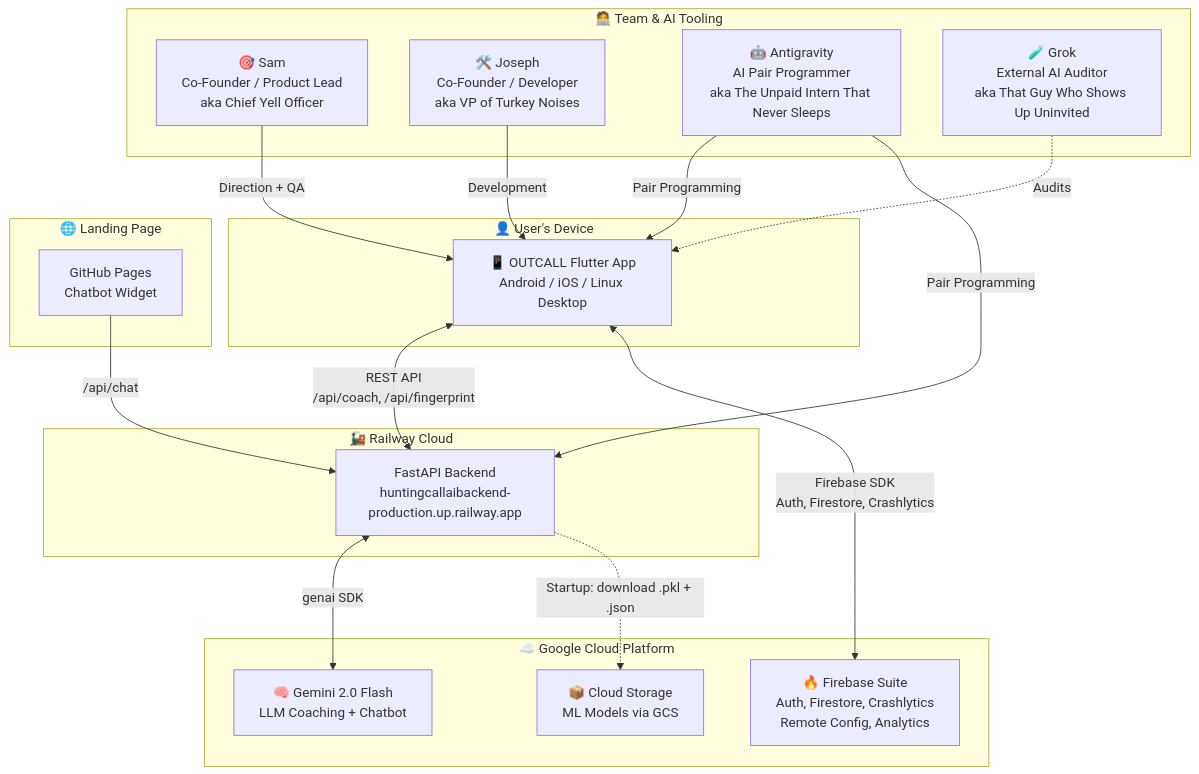
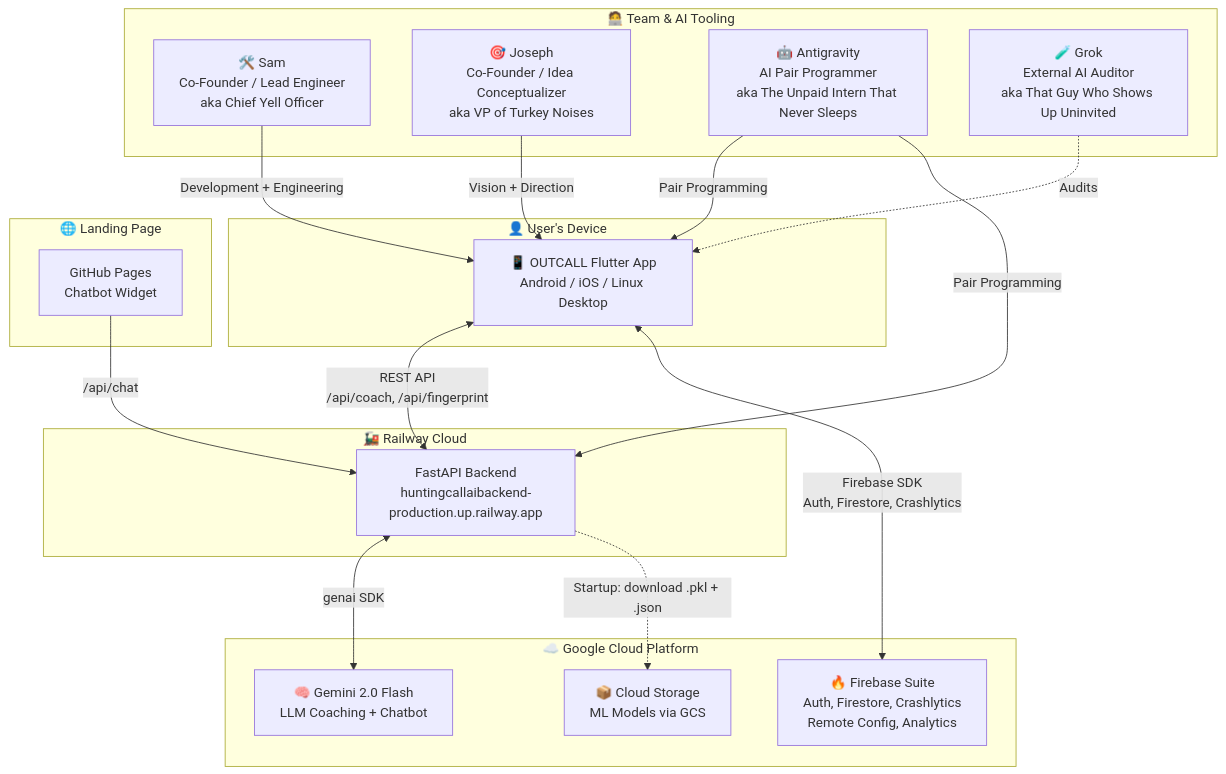
One commit to neo3151/Hunting_Call changed the diagram in docs/diagrams/1_ecosystem.mmd. Above: the diagram before and after it, drawn with Mermaid. The commit also changed 80 other files, not shown here.

```diff
--- a/docs/diagrams/1_ecosystem.mmd
+++ b/docs/diagrams/1_ecosystem.mmd
@@ -1,37 +1,37 @@
 graph TB
     subgraph TEAM["🧑‍💻 Team & AI Tooling"]
-        SAM["🎯 Sam<br/>Co-Founder / Product Lead<br/>aka Chief Yell Officer"]
-        JOSEPH["🛠️ Joseph<br/>Co-Founder / Developer<br/>aka VP of Turkey Noises"]
+        SAM["🛠️ Sam<br/>Co-Founder / Lead Engineer<br/>aka Chief Yell Officer"]
+        JOSEPH["🎯 Joseph<br/>Co-Founder / Idea Conceptualizer<br/>aka VP of Turkey Noises"]
         ANTI["🤖 Antigravity<br/>AI Pair Programmer<br/>aka The Unpaid Intern That Never Sleeps"]
         GROK["🧪 Grok<br/>External AI Auditor<br/>aka That Guy Who Shows Up Uninvited"]
     end
 
     subgraph USER["👤 User's Device"]
         APP["📱 OUTCALL Flutter App<br/>Android / iOS / Linux Desktop"]
     end
 
     subgraph RAILWAY["🚂 Railway Cloud"]
         API["FastAPI Backend<br/>huntingcallaibackend-production.up.railway.app"]
     end
 
     subgraph GOOGLE["☁️ Google Cloud Platform"]
         GEMINI["🧠 Gemini 2.0 Flash<br/>LLM Coaching + Chatbot"]
         FIREBASE["🔥 Firebase Suite<br/>Auth, Firestore, Crashlytics<br/>Remote Config, Analytics"]
         GCS["📦 Cloud Storage<br/>ML Models via GCS"]
     end
 
     subgraph WEB["🌐 Landing Page"]
         SITE["GitHub Pages<br/>Chatbot Widget"]
     end
 
-    SAM -->|"Direction + QA"| APP
-    JOSEPH -->|"Development"| APP
+    SAM -->|"Development + Engineering"| APP
+    JOSEPH -->|"Vision + Direction"| APP
     ANTI -->|"Pair Programming"| APP
     ANTI -->|"Pair Programming"| API
     GROK -.->|"Audits"| APP
 
     APP <-->|"REST API<br/>/api/coach, /api/fingerprint"| API
     API <-->|"genai SDK"| GEMINI
     API -.->|"Startup: download .pkl + .json"| GCS
     APP <-->|"Firebase SDK<br/>Auth, Firestore, Crashlytics"| FIREBASE
     SITE -->|"/api/chat"| API
```
